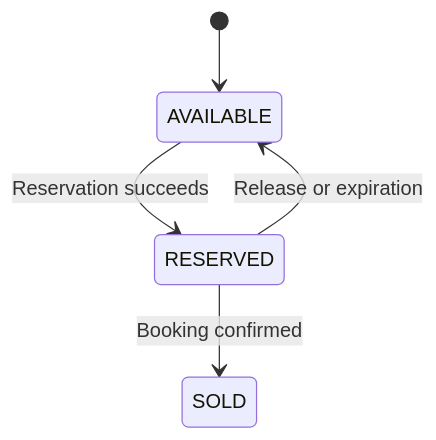
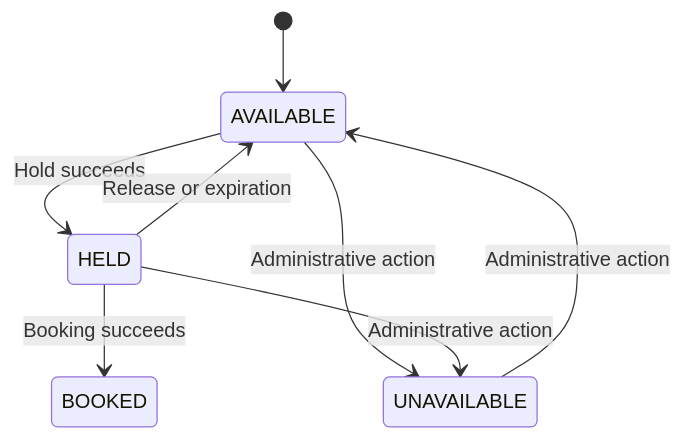
Before and after one commit to HuyKunNe/cinema-system: the second of 4 diagrams in docs/06_DATABASE_DESIGN.md, drawn with Mermaid. The commit also changed other lines of this file and 17 other files, not shown here.

````diff
--- a/docs/06_DATABASE_DESIGN.md
+++ b/docs/06_DATABASE_DESIGN.md
@@ -628,7 +905,10 @@
 ```mermaid
 stateDiagram-v2
     [*] --> AVAILABLE
-    AVAILABLE --> RESERVED: Reservation succeeds
-    RESERVED --> AVAILABLE: Release or expiration
-    RESERVED --> SOLD: Booking confirmed
+    AVAILABLE --> HELD: Hold succeeds
+    HELD --> AVAILABLE: Release or expiration
+    HELD --> BOOKED: Booking succeeds
+    AVAILABLE --> UNAVAILABLE: Administrative action
+    HELD --> UNAVAILABLE: Administrative action
+    UNAVAILABLE --> AVAILABLE: Administrative action
 ```
````
